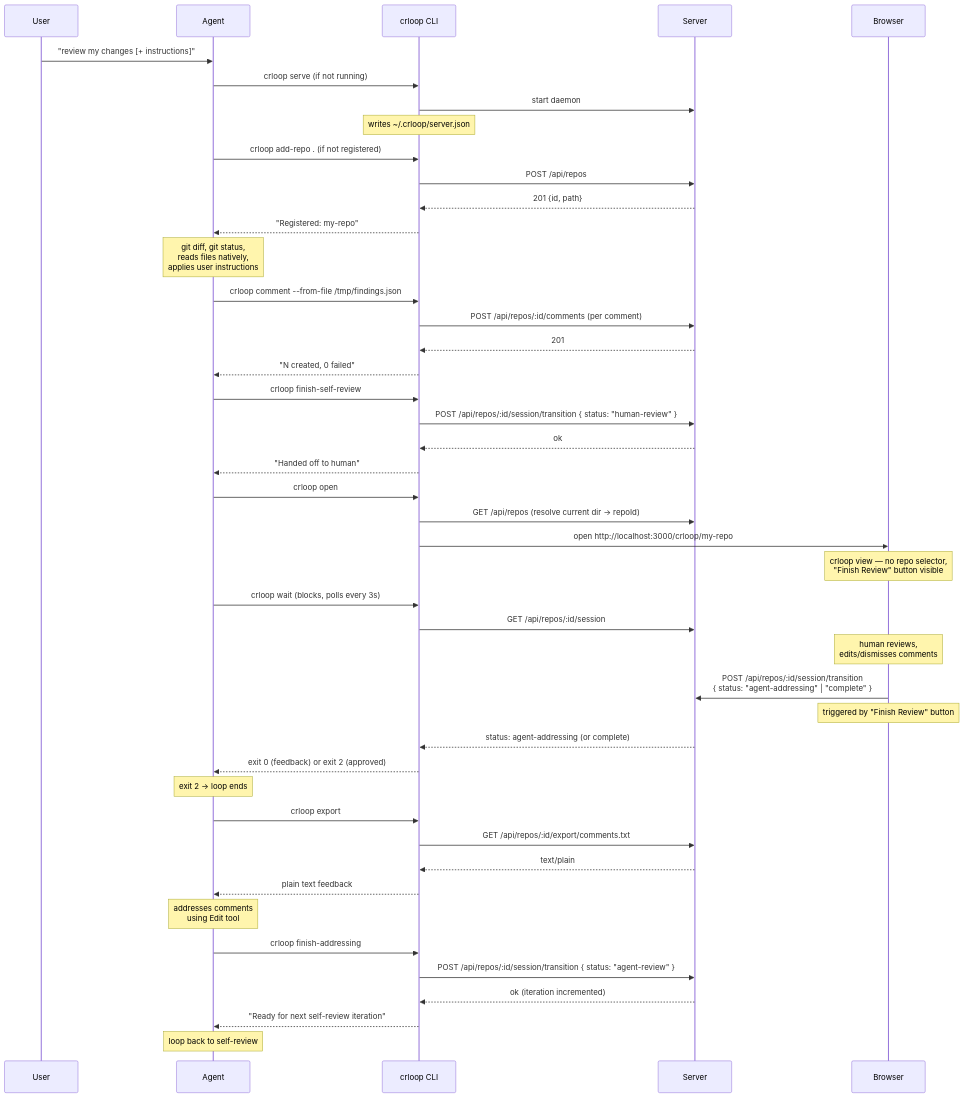
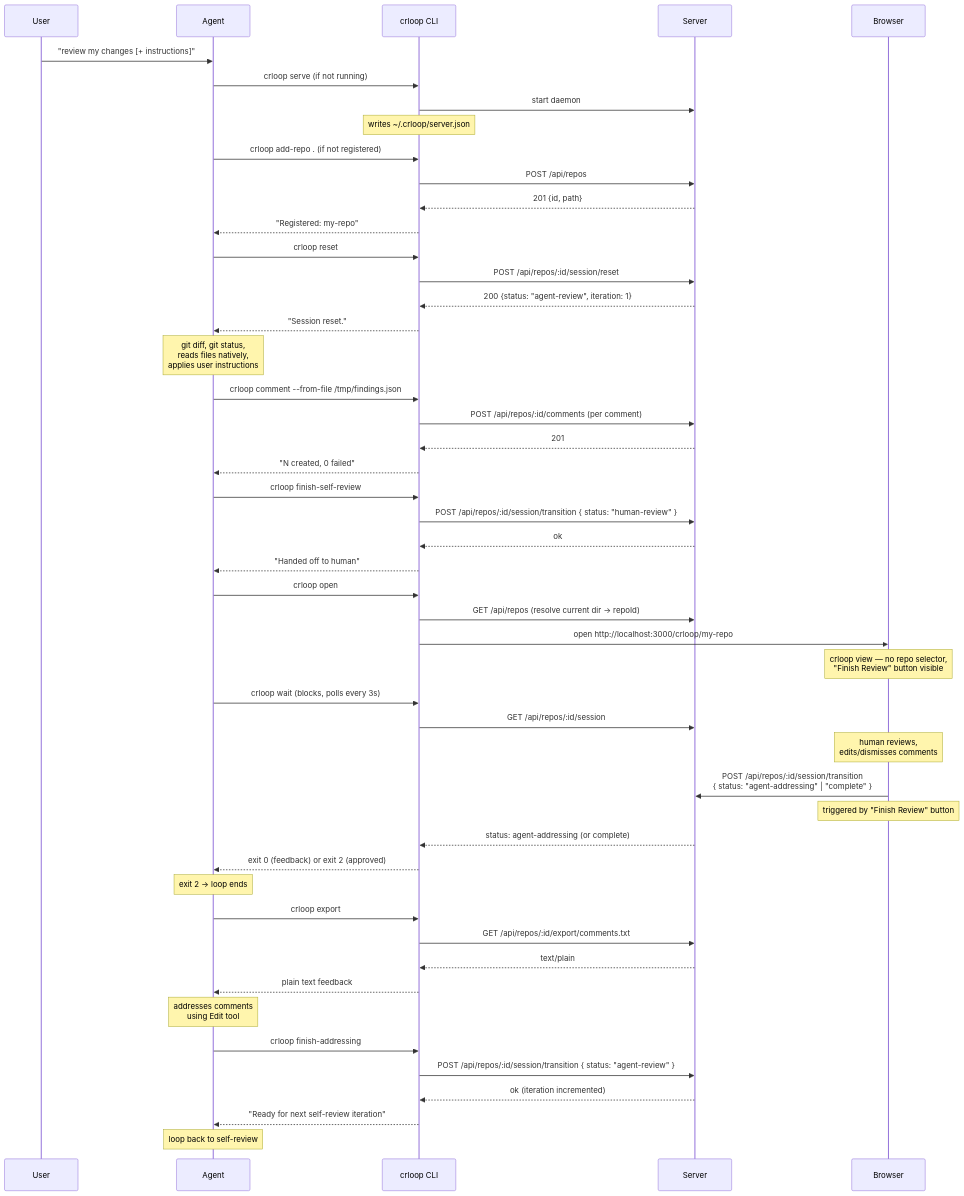
One commit to rkrysinski/agentic-cr-loop changed the second of 2 diagrams in docs/features/agentic-cr-skill-cli/design-skill-cli.md. Above: the diagram before and after it, drawn with Mermaid. The commit also changed other lines of this file and 18 other files, not shown here.

````diff
--- a/docs/features/agentic-cr-skill-cli/design-skill-cli.md
+++ b/docs/features/agentic-cr-skill-cli/design-skill-cli.md
@@ -461,62 +466,67 @@
 ```mermaid
 sequenceDiagram
     participant User
     participant Agent
     participant CLI as crloop CLI
     participant Server
     participant Browser
 
     User->>Agent: "review my changes [+ instructions]"
 
     Agent->>CLI: crloop serve (if not running)
     CLI->>Server: start daemon
     Note over CLI: writes ~/.crloop/server.json
 
     Agent->>CLI: crloop add-repo . (if not registered)
     CLI->>Server: POST /api/repos
     Server-->>CLI: 201 {id, path}
     CLI-->>Agent: "Registered: my-repo"
+
+    Agent->>CLI: crloop reset
+    CLI->>Server: POST /api/repos/:id/session/reset
+    Server-->>CLI: 200 {status: "agent-review", iteration: 1}
+    CLI-->>Agent: "Session reset."
 
     Note over Agent: git diff, git status,<br/>reads files natively,<br/>applies user instructions
 
     Agent->>CLI: crloop comment --from-file /tmp/findings.json
     CLI->>Server: POST /api/repos/:id/comments (per comment)
     Server-->>CLI: 201
     CLI-->>Agent: "N created, 0 failed"
 
     Agent->>CLI: crloop finish-self-review
     CLI->>Server: POST /api/repos/:id/session/transition { status: "human-review" }
     Server-->>CLI: ok
     CLI-->>Agent: "Handed off to human"
 
     Agent->>CLI: crloop open
     CLI->>Server: GET /api/repos (resolve current dir → repoId)
     CLI->>Browser: open http://localhost:3000/crloop/my-repo
     Note over Browser: crloop view — no repo selector,<br/>"Finish Review" button visible
 
     Agent->>CLI: crloop wait (blocks, polls every 3s)
     CLI->>Server: GET /api/repos/:id/session
 
     Note over Browser: human reviews,<br/>edits/dismisses comments
 
     Browser->>Server: POST /api/repos/:id/session/transition<br/>{ status: "agent-addressing" | "complete" }
     Note over Browser: triggered by "Finish Review" button
     Server-->>CLI: status: agent-addressing (or complete)
     CLI-->>Agent: exit 0 (feedback) or exit 2 (approved)
 
     Note over Agent: exit 2 → loop ends
 
     Agent->>CLI: crloop export
     CLI->>Server: GET /api/repos/:id/export/comments.txt
     Server-->>CLI: text/plain
     CLI-->>Agent: plain text feedback
 
     Note over Agent: addresses comments<br/>using Edit tool
 
     Agent->>CLI: crloop finish-addressing
     CLI->>Server: POST /api/repos/:id/session/transition { status: "agent-review" }
     Server-->>CLI: ok (iteration incremented)
     CLI-->>Agent: "Ready for next self-review iteration"
 
     Note over Agent: loop back to self-review
 ```
````
